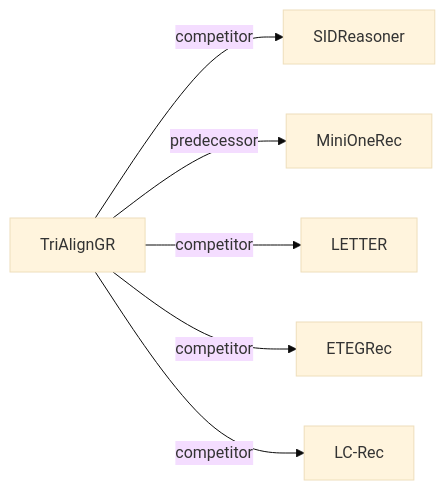
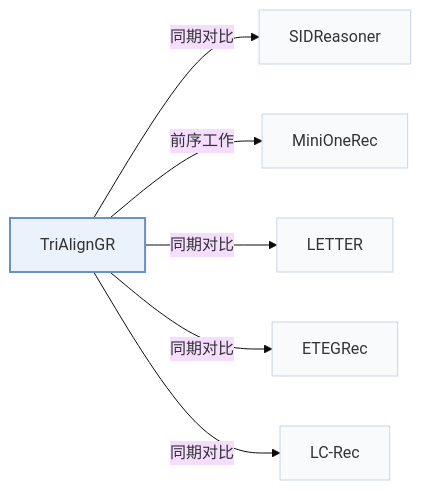
Before and after one commit to Galaxy-ghost/Awesome-SID-Generative-Rec: the second of 2 diagrams in pages/zh/papers/trialigngr.md, drawn with Mermaid (base theme). The commit also changed other lines of this file and 649 other files, not shown here.

Commit message:
writer-05: also tags and modality index (schema, check, build, visuals); summary field removed; calibration data for 12 papers

````diff
--- a/pages/zh/papers/trialigngr.md
+++ b/pages/zh/papers/trialigngr.md
@@ -68,9 +74,13 @@
 ```mermaid
 flowchart LR
     P["TriAlignGR"]
-    P -->|competitor| A["SIDReasoner"]
-    P -->|predecessor| B["MiniOneRec"]
-    P -->|competitor| C["LETTER"]
-    P -->|competitor| D["ETEGRec"]
-    P -->|competitor| E["LC-Rec"]
+    P -->|"同期对比"| A["SIDReasoner"]
+    P -->|"前序工作"| B["MiniOneRec"]
+    P -->|"同期对比"| C["LETTER"]
+    P -->|"同期对比"| D["ETEGRec"]
+    P -->|"同期对比"| E["LC-Rec"]
+    classDef main fill:#eaf2fb,stroke:#6b8fc7,stroke-width:2px
+    classDef peer fill:#f8fafc,stroke:#cbd5e1
+    class P main
+    class A,B,C,D,E peer
 ```
````
